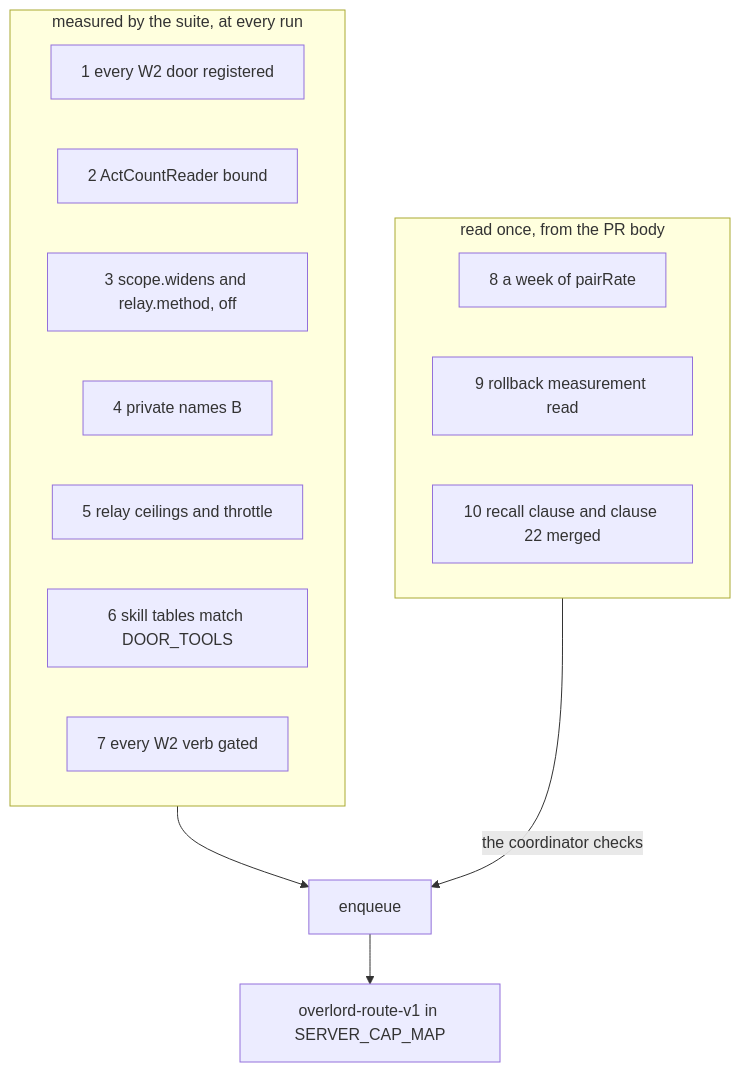
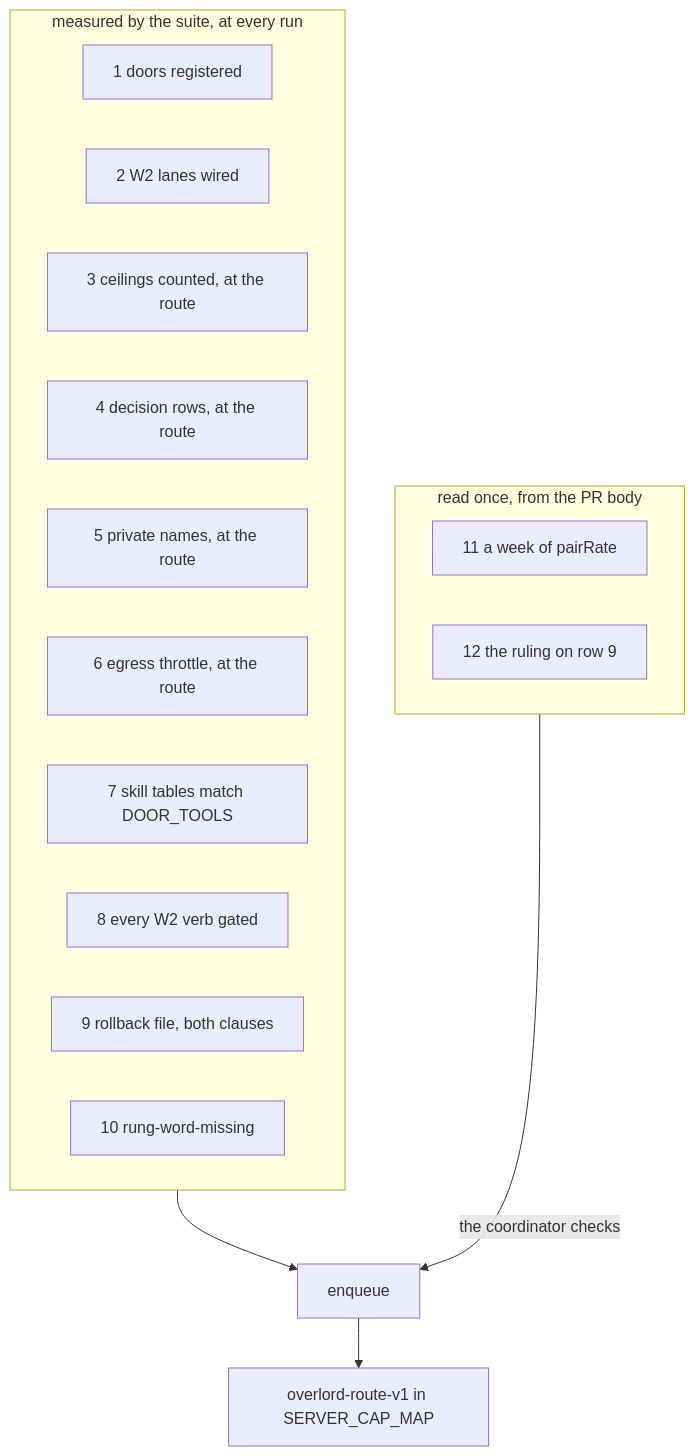
Before and after one commit to Synapsium-Labs/ccrc-pwa: the second of 3 diagrams in docs/superpowers/plans/2026-11-16-overlord-w2/w2-overlord-route-v1.md, drawn with Mermaid. The commit also changed other lines of this file, not shown here.

First line of the commit message:
docs(plan): overlord-route-v1 fix round 1 (review 2290)

````diff
--- a/docs/superpowers/plans/2026-11-16-overlord-w2/w2-overlord-route-v1.md
+++ b/docs/superpowers/plans/2026-11-16-overlord-w2/w2-overlord-route-v1.md
@@ -275,20 +403,22 @@
 ```mermaid
 flowchart TB
   subgraph Tree["measured by the suite, at every run"]
-    A1["1 every W2 door registered"]
-    A2["2 ActCountReader bound"]
-    A3["3 scope.widens and relay.method, off"]
-    A4["4 private names B"]
-    A5["5 relay ceilings and throttle"]
-    A6["6 skill tables match DOOR_TOOLS"]
-    A7["7 every W2 verb gated"]
+    A1["1 doors registered"]
+    A2["2 W2 lanes wired"]
+    A3["3 ceilings counted, at the route"]
+    A4["4 decision rows, at the route"]
+    A5["5 private names, at the route"]
+    A6["6 egress throttle, at the route"]
+    A7["7 skill tables match DOOR_TOOLS"]
+    A8["8 every W2 verb gated"]
+    A9["9 rollback file, both clauses"]
+    A10["10 rung-word-missing"]
   end
   subgraph Body["read once, from the PR body"]
-    B8["8 a week of pairRate"]
-    B9["9 rollback measurement read"]
-    B10["10 recall clause and clause 22 merged"]
+    B11["11 a week of pairRate"]
+    B12["12 the ruling on row 9"]
   end
   Tree --> E["enqueue"]
   Body -->|"the coordinator checks"| E
   E --> S["overlord-route-v1 in SERVER_CAP_MAP"]
 ```
````
